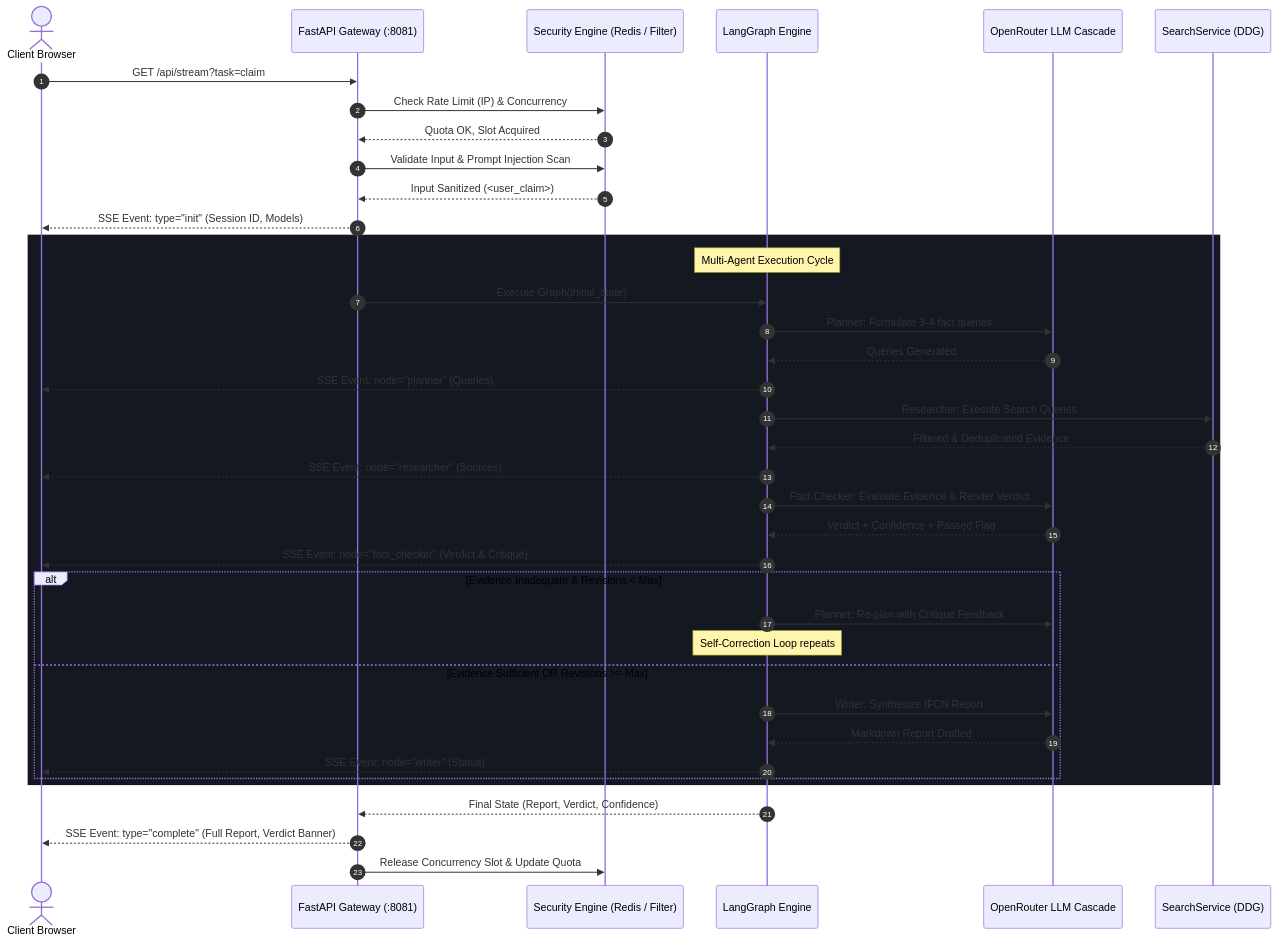
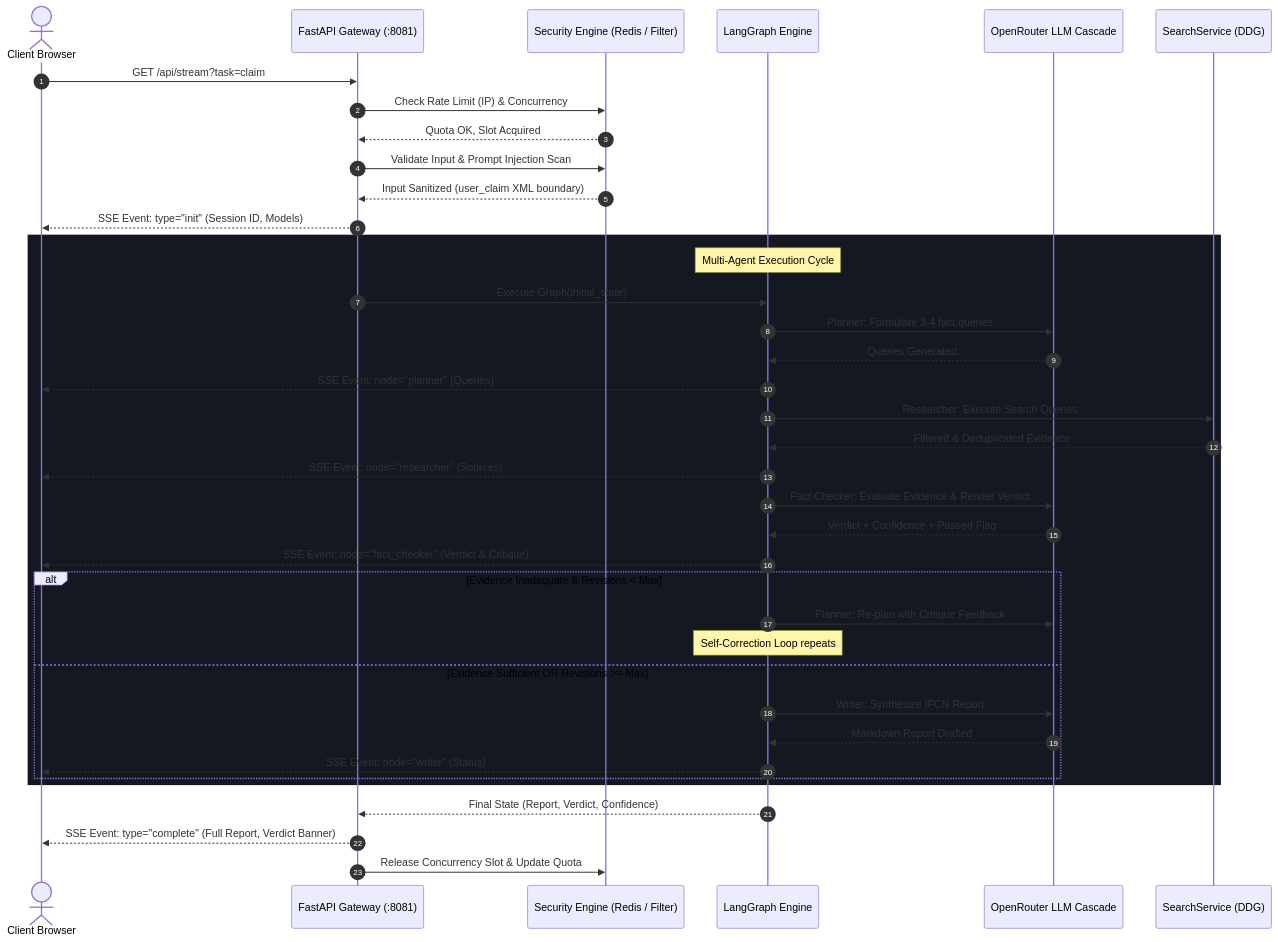
The second of 2 diagrams in ARCHITECTURE.md (tirenn/lang), drawn with Mermaid before and after one commit. The commit also changed other lines of this file, not shown here.

Commit message:
docs: fix Mermaid subgraph syntax and update architecture documentation for clarity

````diff
--- a/ARCHITECTURE.md
+++ b/ARCHITECTURE.md
@@ -194,46 +194,46 @@
 ```mermaid
 sequenceDiagram
     autonumber
     actor User as Client Browser
     participant Gateway as FastAPI Gateway (:8081)
     participant Sec as Security Engine (Redis / Filter)
     participant Graph as LangGraph Engine
     participant LLM as OpenRouter LLM Cascade
     participant Search as SearchService (DDG)
 
     User->>Gateway: GET /api/stream?task=claim
     Gateway->>Sec: Check Rate Limit (IP) & Concurrency
     Sec-->>Gateway: Quota OK, Slot Acquired
     Gateway->>Sec: Validate Input & Prompt Injection Scan
-    Sec-->>Gateway: Input Sanitized (<user_claim>)
+    Sec-->>Gateway: Input Sanitized (user_claim XML boundary)
     Gateway-->>User: SSE Event: type="init" (Session ID, Models)
 
     rect rgb(20, 24, 33)
         note over Graph: Multi-Agent Execution Cycle
         Gateway->>Graph: Execute Graph(initial_state)
         Graph->>LLM: Planner: Formulate 3-4 fact queries
         LLM-->>Graph: Queries Generated
         Graph-->>User: SSE Event: node="planner" (Queries)
 
         Graph->>Search: Researcher: Execute Search Queries
         Search-->>Graph: Filtered & Deduplicated Evidence
         Graph-->>User: SSE Event: node="researcher" (Sources)
 
         Graph->>LLM: Fact-Checker: Evaluate Evidence & Render Verdict
         LLM-->>Graph: Verdict + Confidence + Passed Flag
         Graph-->>User: SSE Event: node="fact_checker" (Verdict & Critique)
 
         alt Evidence Inadequate & Revisions < Max
             Graph->>LLM: Planner: Re-plan with Critique Feedback
             note over Graph: Self-Correction Loop repeats
         else Evidence Sufficient OR Revisions >= Max
             Graph->>LLM: Writer: Synthesize IFCN Report
             LLM-->>Graph: Markdown Report Drafted
             Graph-->>User: SSE Event: node="writer" (Status)
         end
     end
 
     Graph-->>Gateway: Final State (Report, Verdict, Confidence)
     Gateway-->>User: SSE Event: type="complete" (Full Report, Verdict Banner)
     Gateway->>Sec: Release Concurrency Slot & Update Quota
 ```
````
